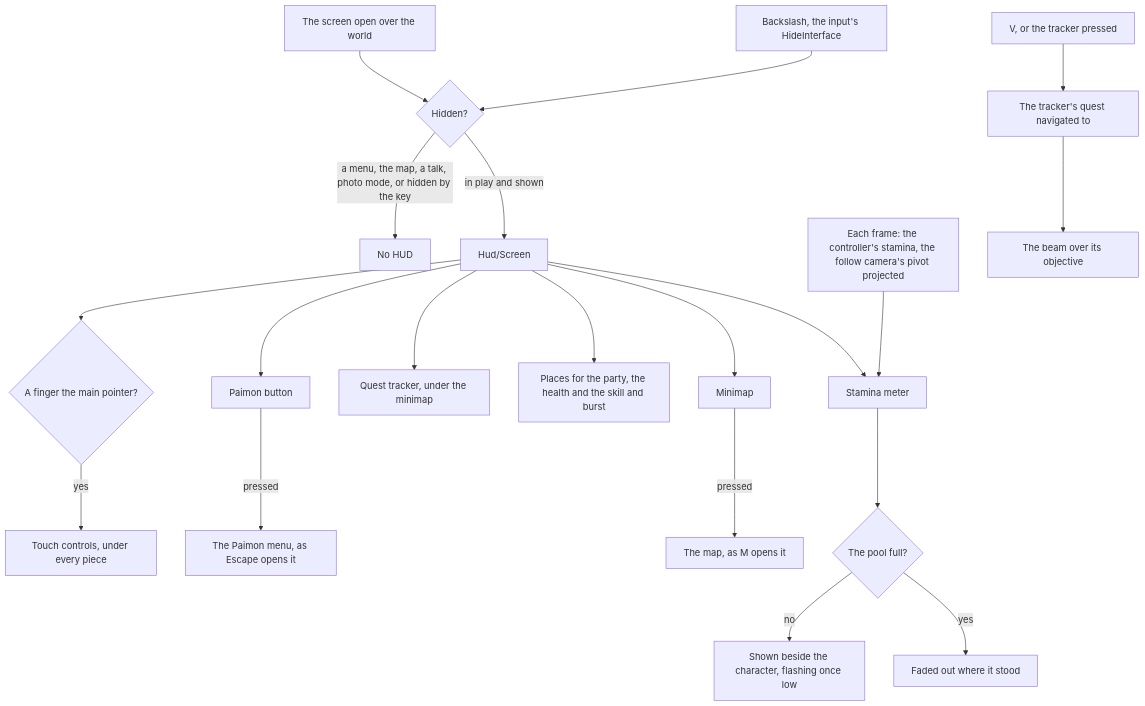
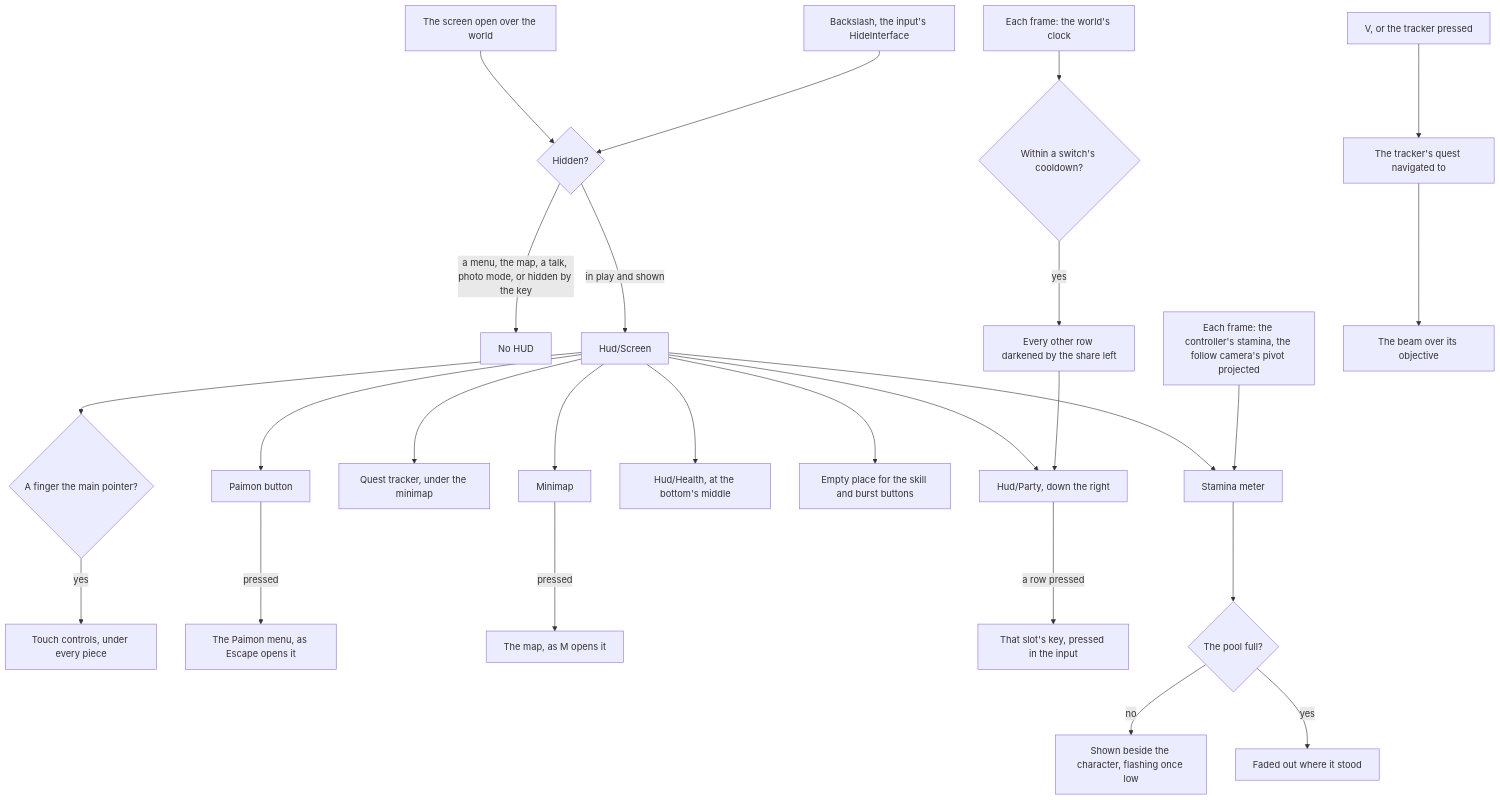
The diagram in apps/web/content/docs/genshin/hud.md (Esposter/Esposter), drawn with Mermaid before and after one commit. The commit also changed other lines of this file and 4 other files, not shown here.

Commit message:
docs(genshin): the HUD's party portraits and the member's health are as-built on the HUD page, their decisions moved there from the proposals, which keep the skill and burst buttons still to build

````diff
--- a/apps/web/content/docs/genshin/hud.md
+++ b/apps/web/content/docs/genshin/hud.md
@@ -12,22 +12,28 @@
 ```mermaid
 flowchart TD
   KIND["The screen open over the world"] --> HIDDEN{"Hidden?"}
   KEY["Backslash, the input's HideInterface"] --> HIDDEN
   HIDDEN -->|"a menu, the map, a talk, photo mode, or hidden by the key"| NONE["No HUD"]
   HIDDEN -->|"in play and shown"| HUD["Hud/Screen"]
   HUD --> PB["Paimon button"]
   HUD --> MINI["Minimap"]
   HUD --> TRACKER["Quest tracker, under the minimap"]
-  HUD --> SLOTS["Places for the party, the health and the skill and burst"]
+  HUD --> PARTY["Hud/Party, down the right"]
+  HUD --> HEALTH["Hud/Health, at the bottom's middle"]
+  HUD --> SLOTS["Empty place for the skill and burst buttons"]
   HUD --> STAMINA["Stamina meter"]
   HUD --> TOUCH{"A finger the main pointer?"}
   TOUCH -->|"yes"| CONTROLS["Touch controls, under every piece"]
   PB -->|"pressed"| MENU["The Paimon menu, as Escape opens it"]
   MINI -->|"pressed"| MAP["The map, as M opens it"]
+  CLOCK["Each frame: the world's clock"] --> SWITCH{"Within a switch's cooldown?"}
+  SWITCH -->|"yes"| DARK["Every other row darkened by the share left"]
+  DARK --> PARTY
+  PARTY -->|"a row pressed"| SLOT["That slot's key, pressed in the input"]
   FRAME["Each frame: the controller's stamina, the follow camera's pivot projected"] --> STAMINA
   STAMINA --> FULL{"The pool full?"}
   FULL -->|"no"| SHOWN["Shown beside the character, flashing once low"]
   FULL -->|"yes"| FADE["Faded out where it stood"]
   V["V, or the tracker pressed"] --> NAVIGATE["The tracker's quest navigated to"]
   NAVIGATE --> BEAM["The beam over its objective"]
 ```
````
